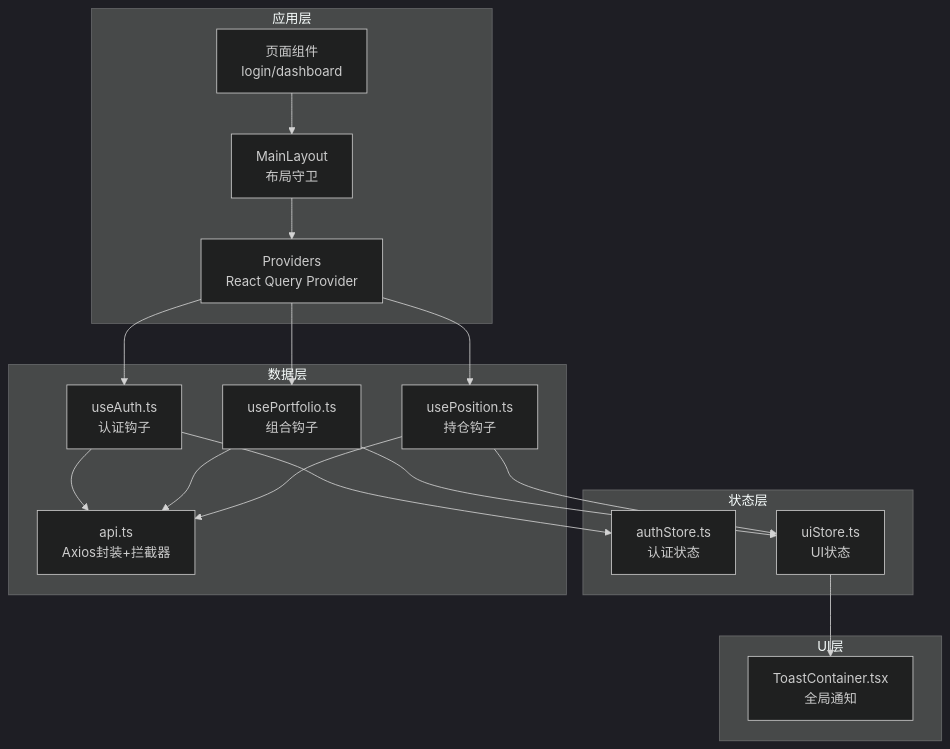
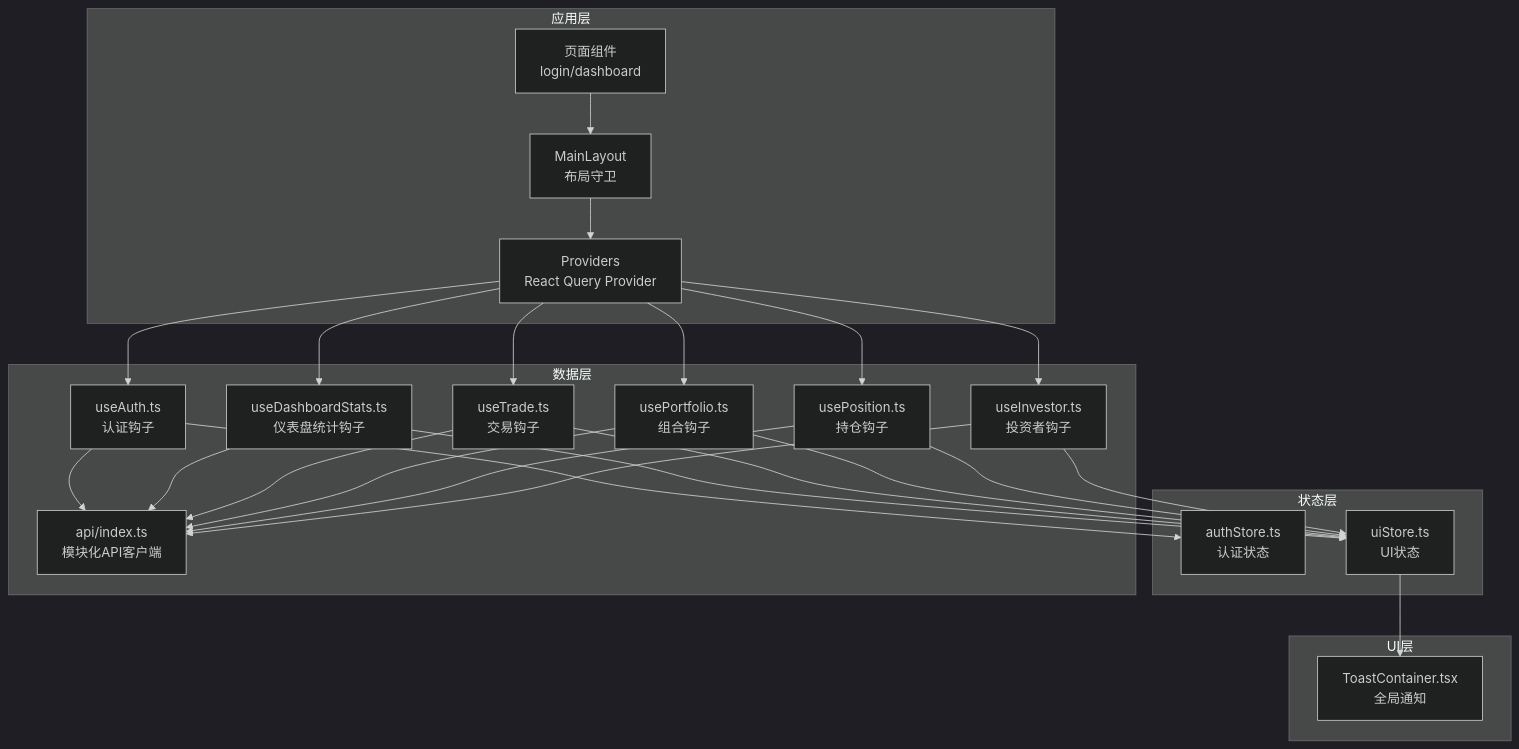
Before and after one commit to gujialind/InvestRing: the first of 11 diagrams in .qoder/repowiki/zh/content/前端应用架构/状态管理策略/状态管理策略.md, drawn with Mermaid (dark theme). The commit also changed other lines of this file and 39 other files, not shown here.

````diff
--- a/.qoder/repowiki/zh/content/前端应用架构/状态管理策略/状态管理策略.md
+++ b/.qoder/repowiki/zh/content/前端应用架构/状态管理策略/状态管理策略.md
@@ -54,33 +70,45 @@
 ```mermaid
 graph TB
 subgraph "应用层"
 Providers["Providers<br/>React Query Provider"]
 Layout["MainLayout<br/>布局守卫"]
 Pages["页面组件<br/>login/dashboard"]
 end
 subgraph "状态层"
 AuthStore["authStore.ts<br/>认证状态"]
 UIStore["uiStore.ts<br/>UI状态"]
 end
 subgraph "数据层"
 HooksAuth["useAuth.ts<br/>认证钩子"]
+HooksDashboard["useDashboardStats.ts<br/>仪表盘统计钩子"]
+HooksTrade["useTrade.ts<br/>交易钩子"]
 HooksPortfolio["usePortfolio.ts<br/>组合钩子"]
 HooksPosition["usePosition.ts<br/>持仓钩子"]
-API["api.ts<br/>Axios封装+拦截器"]
+HooksInvestor["useInvestor.ts<br/>投资者钩子"]
+API["api/index.ts<br/>模块化API客户端"]
 end
 subgraph "UI层"
 Toast["ToastContainer.tsx<br/>全局通知"]
 end
 Pages --> Layout
 Layout --> Providers
 Providers --> HooksAuth
+Providers --> HooksDashboard
+Providers --> HooksTrade
 Providers --> HooksPortfolio
 Providers --> HooksPosition
+Providers --> HooksInvestor
 HooksAuth --> AuthStore
+HooksDashboard --> UIStore
+HooksTrade --> UIStore
 HooksPortfolio --> UIStore
 HooksPosition --> UIStore
+HooksInvestor --> UIStore
 HooksAuth --> API
+HooksDashboard --> API
+HooksTrade --> API
 HooksPortfolio --> API
 HooksPosition --> API
+HooksInvestor --> API
 UIStore --> Toast
 ```
````
